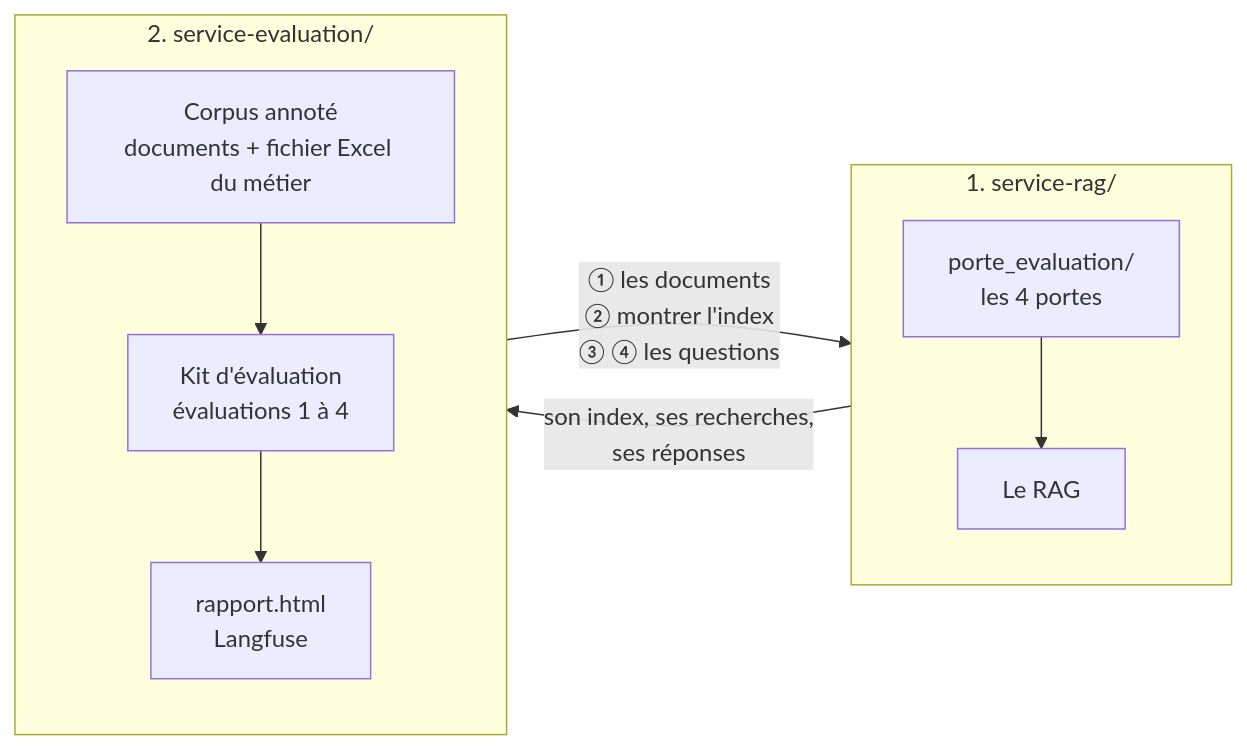
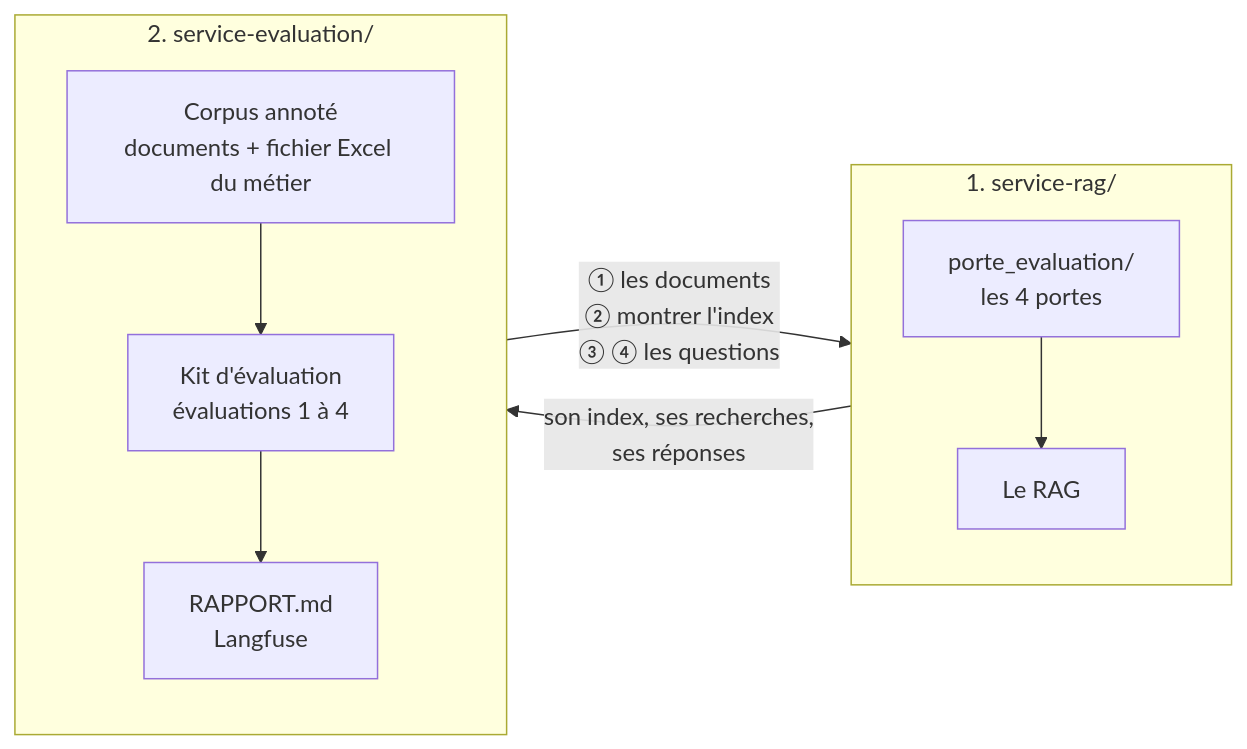
One commit to floSa/RAG-Evaluation changed the diagram in README.md. Above: the diagram before and after it, drawn with Mermaid. The commit also changed other lines of this file, not shown here.

````diff
--- a/README.md
+++ b/README.md
@@ -33,18 +46,18 @@
 ```mermaid
 flowchart LR
     subgraph R["1. service-rag/"]
         direction TB
         X["Le RAG"]
         P["porte_evaluation/<br/>les 4 portes"]
         P --> X
     end
     subgraph E["2. service-evaluation/"]
         direction TB
         C["Corpus annoté<br/>documents + fichier Excel du métier"]
         K["Kit d'évaluation<br/>évaluations 1 à 4"]
-        D["rapport.html<br/>Langfuse"]
+        D["RAPPORT.md<br/>Langfuse"]
         C --> K --> D
     end
     K -- "① les documents<br/>② montrer l'index<br/>③ ④ les questions" --> P
     P -- "son index, ses recherches,<br/>ses réponses" --> K
 ```
````
